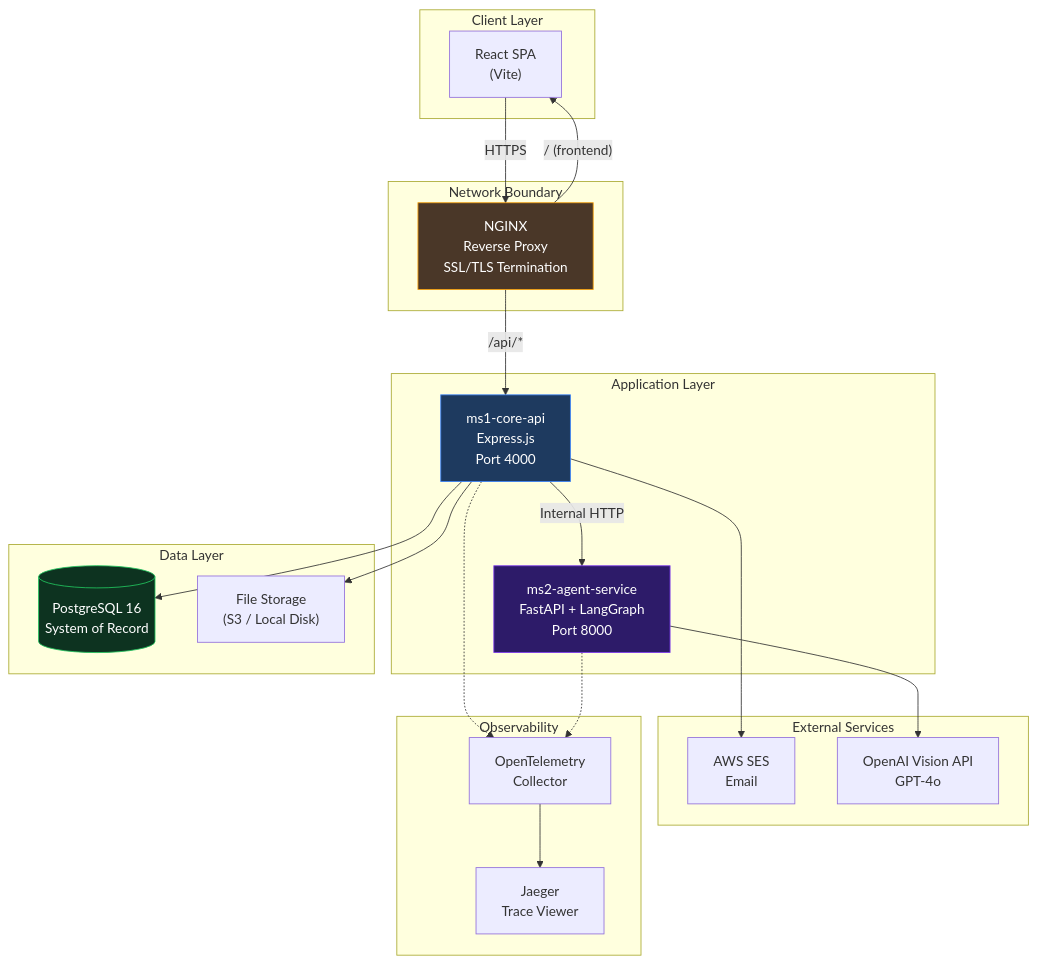
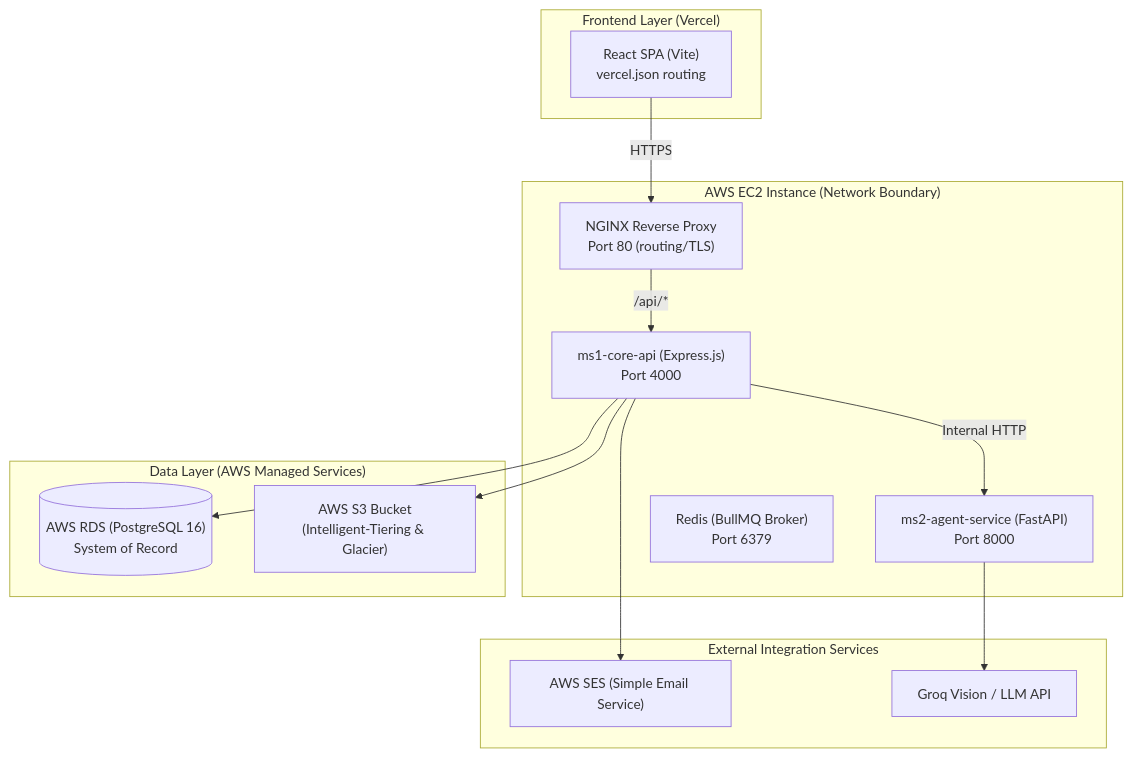
Before and after one commit to Sarveshero3/MedGuard: the diagram in docs/architecture.md, drawn with Mermaid. The commit also changed other lines of this file and 35 other files, not shown here.

Commit message:
refactor: layout polish, medicine actions endpoint fix, S3/SES AWS deployment readiness, vercel config, and comprehensive documentation update

````diff
--- a/docs/architecture.md
+++ b/docs/architecture.md
@@ -9,47 +9,31 @@
 ```mermaid
 graph TB
-    subgraph "Client Layer"
-        Browser["React SPA<br/>(Vite)"]
+    subgraph "Frontend Layer (Vercel)"
+        Browser["React SPA (Vite)<br/>vercel.json routing"]
     end
 
-    subgraph "Network Boundary"
-        NGINX["NGINX<br/>Reverse Proxy<br/>SSL/TLS Termination"]
+    subgraph "AWS EC2 Instance (Network Boundary)"
+        NGINX["NGINX Reverse Proxy<br/>Port 80 (routing/TLS)"]
+        MS1["ms1-core-api (Express.js)<br/>Port 4000"]
+        MS2["ms2-agent-service (FastAPI)<br/>Port 8000"]
+        Redis["Redis (BullMQ Broker)<br/>Port 6379"]
     end
 
-    subgraph "Application Layer"
-        MS1["ms1-core-api<br/>Express.js<br/>Port 4000"]
-        MS2["ms2-agent-service<br/>FastAPI + LangGraph<br/>Port 8000"]
+    subgraph "Data Layer (AWS Managed Services)"
+        RDS[("AWS RDS (PostgreSQL 16)<br/>System of Record")]
+        S3["AWS S3 Bucket<br/>(Intelligent-Tiering & Glacier)"]
     end
 
-    subgraph "Data Layer"
-        PG[("PostgreSQL 16<br/>System of Record")]
-        S3["File Storage<br/>(S3 / Local Disk)"]
-    end
-
-    subgraph "External Services"
-        SES["AWS SES<br/>Email"]
-        LLM["OpenAI Vision API<br/>GPT-4o"]
-    end
-
-    subgraph "Observability"
-        OTEL["OpenTelemetry<br/>Collector"]
-        JAEGER["Jaeger<br/>Trace Viewer"]
+    subgraph "External Integration Services"
+        SES["AWS SES (Simple Email Service)"]
+        Groq["Groq Vision / LLM API"]
     end
 
     Browser -->|"HTTPS"| NGINX
-    NGINX -->|"/ (frontend)"| Browser
     NGINX -->|"/api/*"| MS1
     MS1 -->|"Internal HTTP"| MS2
-    MS1 --> PG
+    MS1 --> RDS
     MS1 --> S3
     MS1 --> SES
-    MS2 --> LLM
-    MS1 -.-> OTEL
-    MS2 -.-> OTEL
-    OTEL --> JAEGER
-
-    style MS2 fill:#2d1b69,stroke:#7c3aed,color:#fff
-    style MS1 fill:#1e3a5f,stroke:#3b82f6,color:#fff
-    style PG fill:#0d3320,stroke:#22c55e,color:#fff
-    style NGINX fill:#4a3728,stroke:#f59e0b,color:#fff
+    MS2 --> Groq
 ```
````
